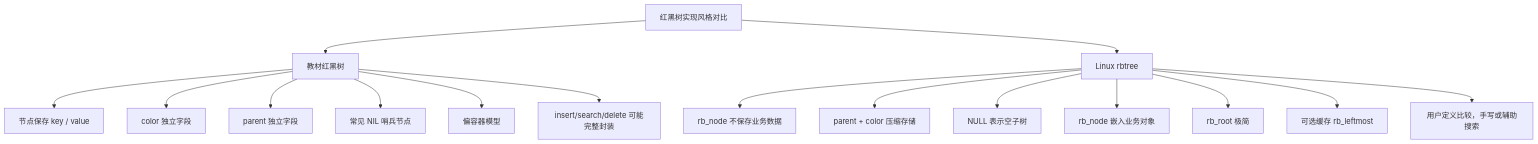
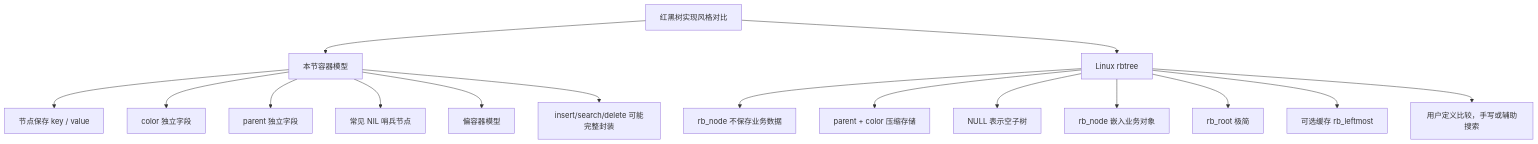
Before and after one commit to FormingSystem/linux_note: diagram 22 of 24 in knowledge/linux/data_structures/红黑树_rb-tree/P08_Linux_6.12_内核_rbtree_基础结构与工程模型.md, drawn with Mermaid. The commit also changed other lines of this file and 6 other files, not shown here.

````diff
--- a/knowledge/linux/data_structures/红黑树_rb-tree/P08_Linux_6.12_内核_rbtree_基础结构与工程模型.md
+++ b/knowledge/linux/data_structures/红黑树_rb-tree/P08_Linux_6.12_内核_rbtree_基础结构与工程模型.md
@@ -1804,22 +1810,22 @@
 ```mermaid
 graph TD
 	rb_compare_root["红黑树实现风格对比"]
 
-	rb_compare_root --> rb_textbook_side["教材红黑树"]
+	rb_compare_root --> rb_textbook_side["本节容器模型"]
 	rb_compare_root --> rb_linux_side["Linux rbtree"]
 
 	rb_textbook_side --> rb_textbook_data["节点保存 key / value"]
 	rb_textbook_side --> rb_textbook_color_field["color 独立字段"]
 	rb_textbook_side --> rb_textbook_parent_field["parent 独立字段"]
 	rb_textbook_side --> rb_textbook_nil_node["常见 NIL 哨兵节点"]
 	rb_textbook_side --> rb_textbook_container["偏容器模型"]
 	rb_textbook_side --> rb_textbook_full_api["insert/search/delete 可能完整封装"]
 
 	rb_linux_side --> rb_linux_no_data["rb_node 不保存业务数据"]
 	rb_linux_side --> rb_linux_pack["parent + color 压缩存储"]
 	rb_linux_side --> rb_linux_null["NULL 表示空子树"]
 	rb_linux_side --> rb_linux_embed["rb_node 嵌入业务对象"]
 	rb_linux_side --> rb_linux_min_root["rb_root 极简"]
 	rb_linux_side --> rb_linux_cached["可选缓存 rb_leftmost"]
 	rb_linux_side --> rb_linux_user_cmp["用户定义比较，手写或辅助搜索"]
 ```
````
